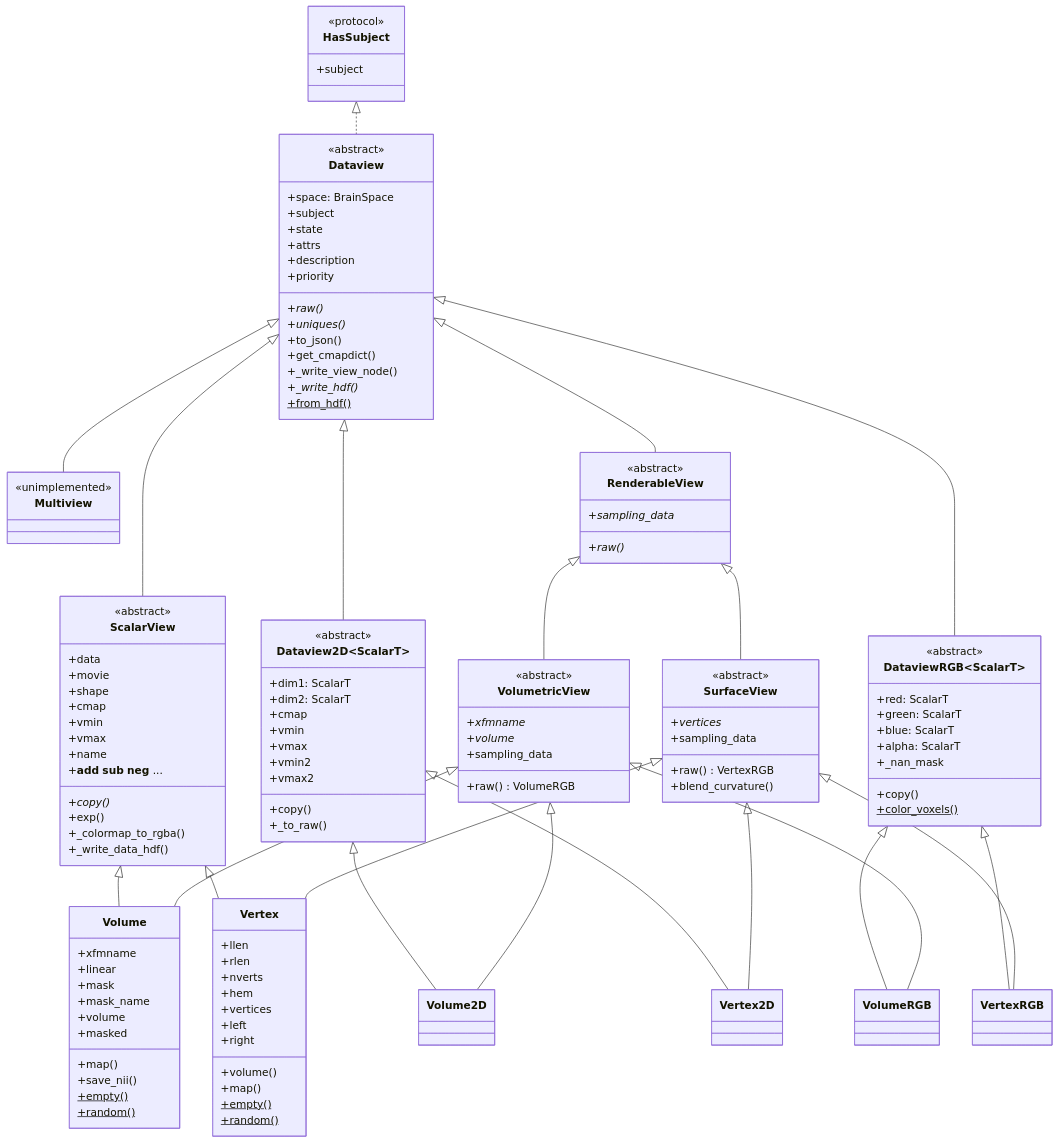
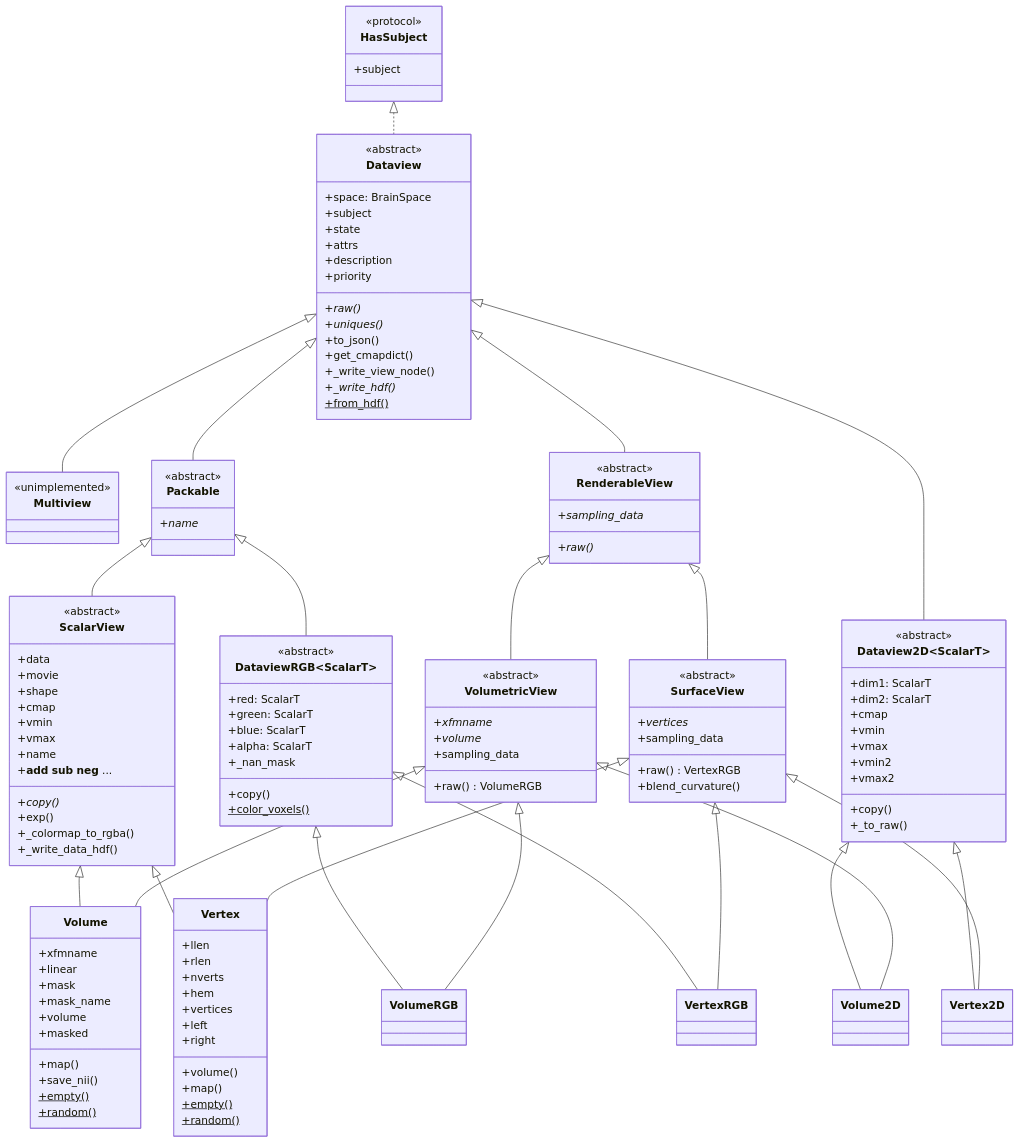
One commit to kroq-gar78/pycortex changed the first of 2 diagrams in cortex/dataset/INHERITANCE.md. Above: the diagram before and after it, drawn with Mermaid. The commit also changed other lines of this file, not shown here.

First line of the commit message:
docs: document Packable and the MRO constraint it implies

```diff
--- a/cortex/dataset/INHERITANCE.md
+++ b/cortex/dataset/INHERITANCE.md
@@ -126,6 +126,10 @@
         <<protocol>>
         +subject
     }
+    class Packable {
+        <<abstract>>
+        +name*
+    }
     class RenderableView {
         <<abstract>>
         +sampling_data*
@@ -147,11 +151,12 @@
     }
 
     HasSubject <|.. Dataview
-    Dataview <|-- ScalarView
+    Dataview <|-- Packable
     Dataview <|-- Dataview2D
-    Dataview <|-- DataviewRGB
     Dataview <|-- Multiview
     Dataview <|-- RenderableView
+    Packable <|-- ScalarView
+    Packable <|-- DataviewRGB
     RenderableView <|-- VolumetricView
     RenderableView <|-- SurfaceView
 
```
